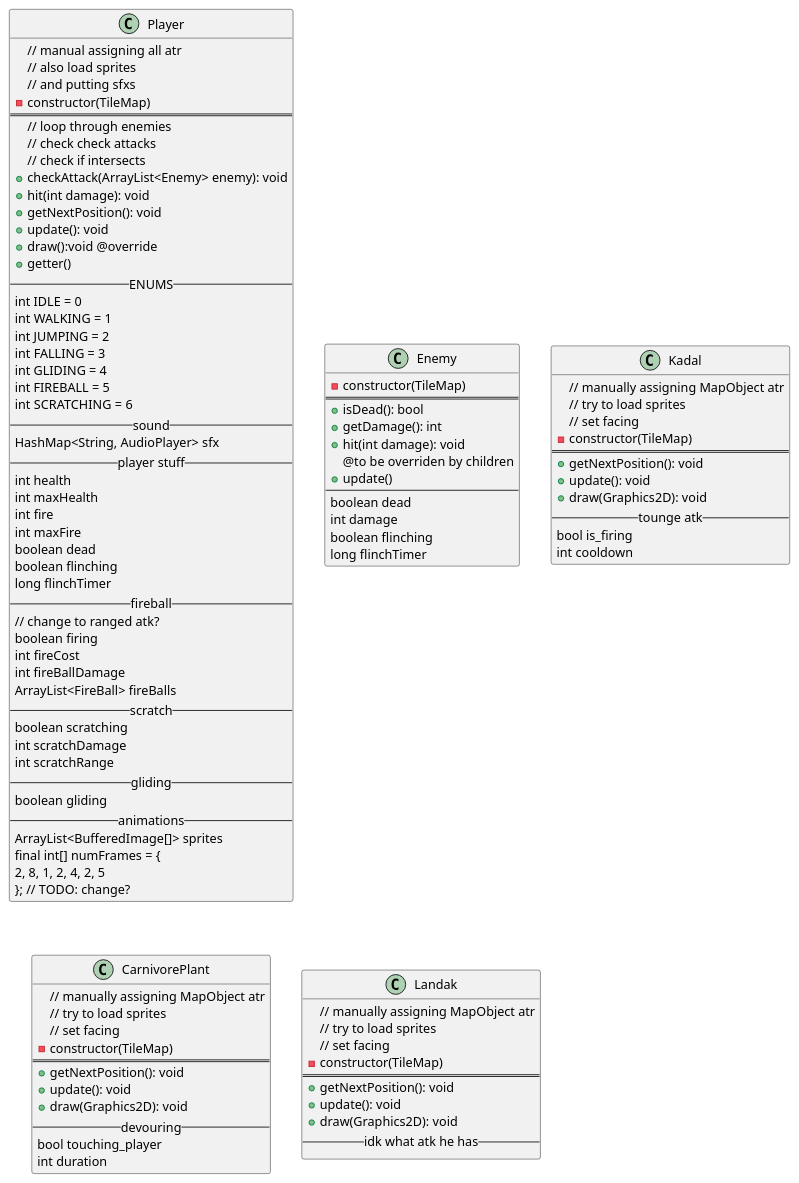
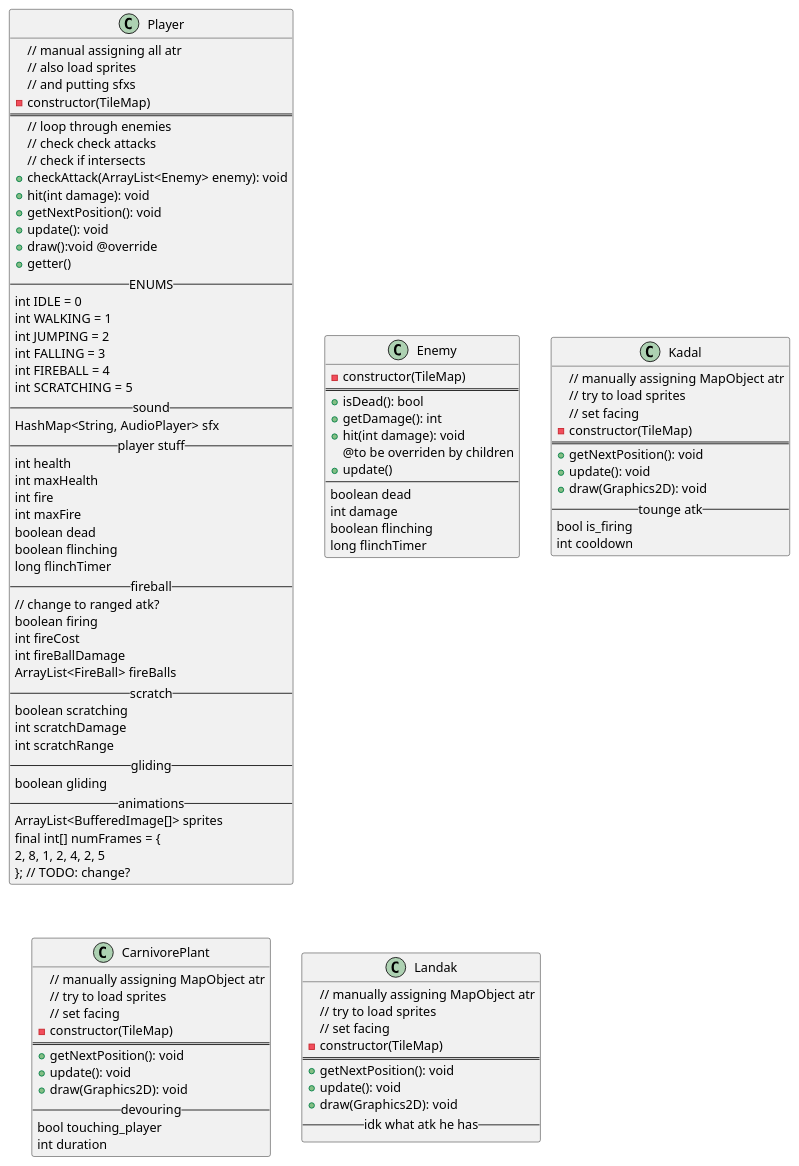
One commit to ryohilmi/peebojump changed the diagram in src/Entity/EntityClassDiagram.puml. Above: the diagram before and after it, drawn with PlantUML.

Commit message:
removing unecessary attribute

```diff
--- a/src/Entity/EntityClassDiagram.puml
+++ b/src/Entity/EntityClassDiagram.puml
@@ -1,105 +1,104 @@
 @startuml
 class Player {
 // manual assigning all atr
 // also load sprites
 // and putting sfxs
 - constructor(TileMap)
 ==
 // loop through enemies
 // check check attacks
 // check if intersects
 + checkAttack(ArrayList<Enemy> enemy): void
 + hit(int damage): void
 + getNextPosition(): void
 + update(): void
 + draw():void @override
 + getter()
 --ENUMS--
 int IDLE = 0
 int WALKING = 1
 int JUMPING = 2
 int FALLING = 3
-int GLIDING = 4
-int FIREBALL = 5
-int SCRATCHING = 6
+int FIREBALL = 4
+int SCRATCHING = 5
 --sound--
 HashMap<String, AudioPlayer> sfx
 --player stuff--
 int health
 int maxHealth
 int fire
 int maxFire
 boolean dead
 boolean flinching
 long flinchTimer
 --fireball--
 // change to ranged atk?
 boolean firing
 int fireCost
 int fireBallDamage
 ArrayList<FireBall> fireBalls
 --scratch--
 boolean scratching
 int scratchDamage
 int scratchRange
 --gliding--
 boolean gliding
 --animations--
 ArrayList<BufferedImage[]> sprites
 final int[] numFrames = {
     2, 8, 1, 2, 4, 2, 5
 }; // TODO: change?
 }
 
 class Enemy {
 - constructor(TileMap)
 ==
 + isDead(): bool
 + getDamage(): int
 + hit(int damage): void
 @to be overriden by children
 + update()
 --
 boolean dead
 int damage
 boolean flinching
 long flinchTimer
 }
 class Kadal {
 // manually assigning MapObject atr
 // try to load sprites
 // set facing
 - constructor(TileMap)
 ==
 + getNextPosition(): void
 + update(): void
 + draw(Graphics2D): void
 --tounge atk--
 bool is_firing
 int cooldown
 }
 class CarnivorePlant {
 // manually assigning MapObject atr
 // try to load sprites
 // set facing
 - constructor(TileMap)
 ==
 + getNextPosition(): void
 + update(): void
 + draw(Graphics2D): void
 --devouring--
 bool touching_player
 int duration
 }
 class Landak {
 // manually assigning MapObject atr
 // try to load sprites
 // set facing
 - constructor(TileMap)
 ==
 + getNextPosition(): void
 + update(): void
 + draw(Graphics2D): void
 --idk what atk he has--
 }
 @enduml
```
